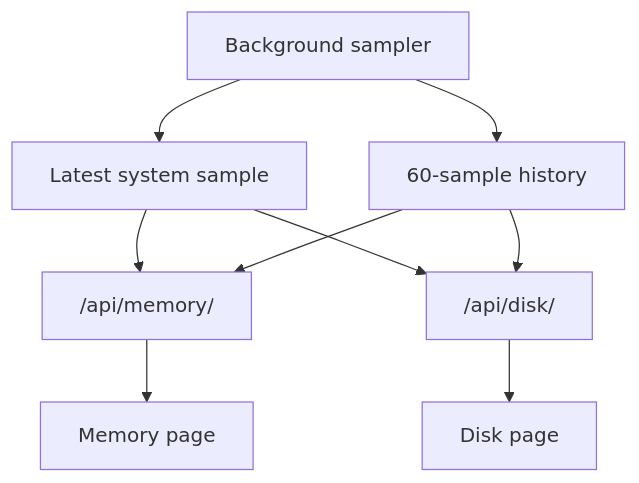
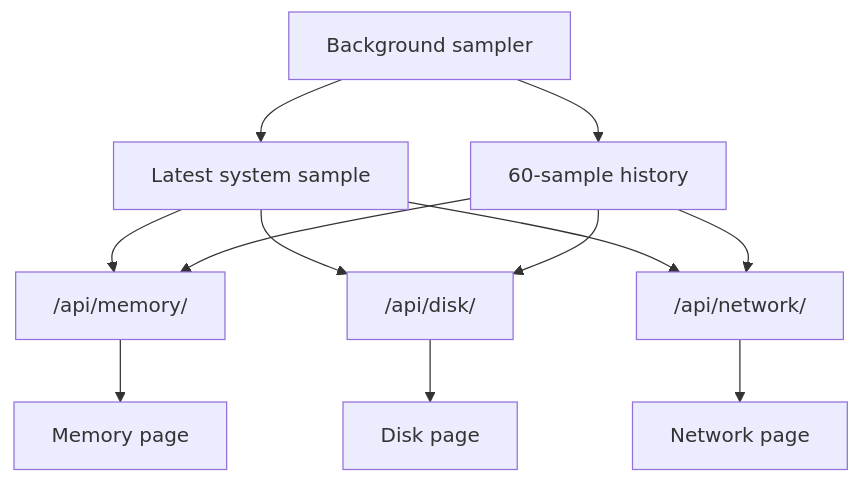
Before and after one commit to IronRon/Sys-Monitor: the fourth of 5 diagrams in docs/monitoring.md, drawn with Mermaid. The commit also changed other lines of this file and 19 other files, not shown here.

````diff
--- a/docs/monitoring.md
+++ b/docs/monitoring.md
@@ -2015,14 +2016,18 @@
 ```mermaid
 flowchart TD
     BG["Background sampler"] --> SAMPLE["Latest system sample"]
     BG --> HISTORY["60-sample history"]
 
     SAMPLE --> MEMAPI["/api/memory/"]
     HISTORY --> MEMAPI
 
     SAMPLE --> DISKAPI["/api/disk/"]
     HISTORY --> DISKAPI
 
+    SAMPLE --> NETAPI["/api/network/"]
+    HISTORY --> NETAPI
+
     MEMAPI --> MEMPAGE["Memory page"]
     DISKAPI --> DISKPAGE["Disk page"]
+    NETAPI --> NETPAGE["Network page"]
 ```
````
